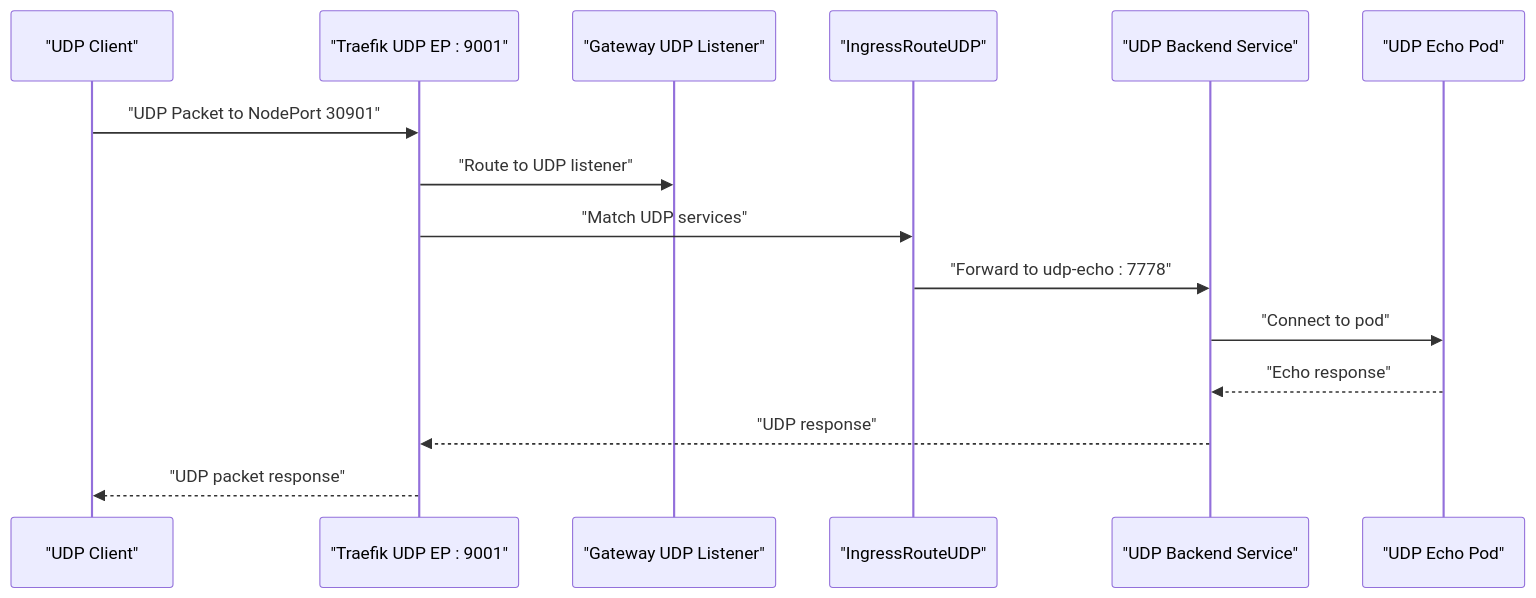
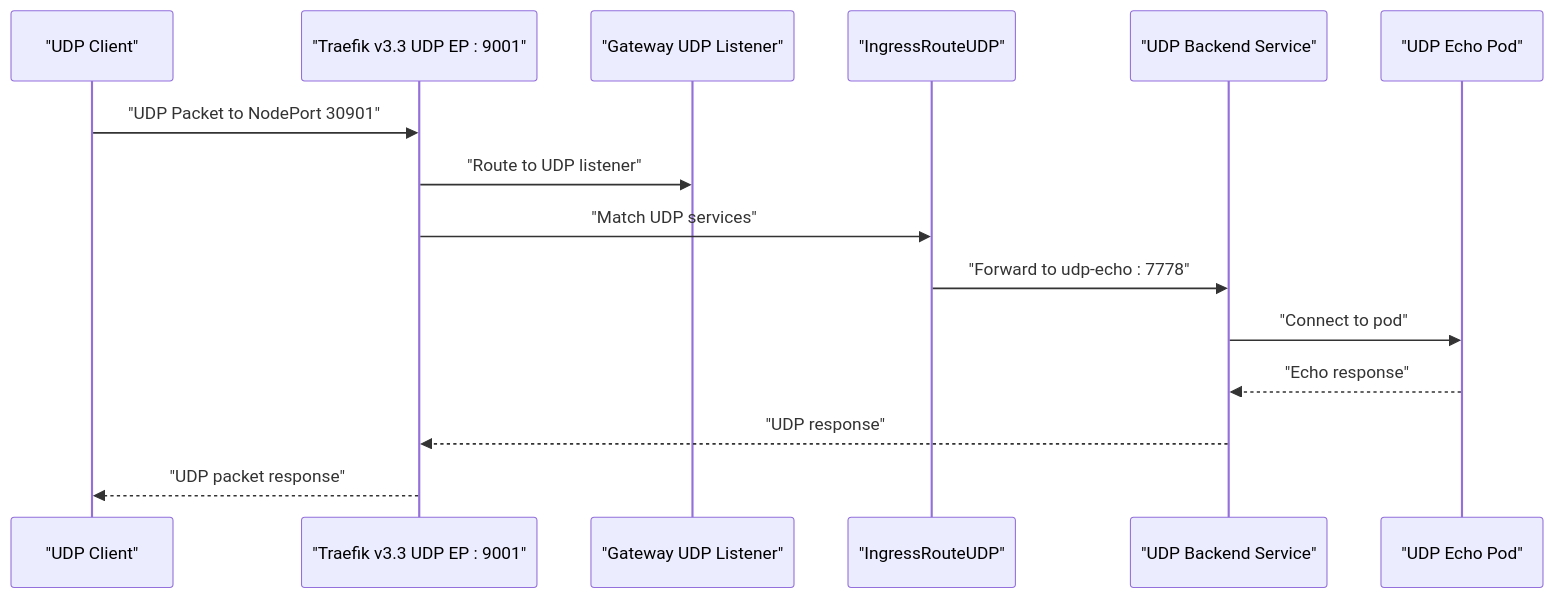
One commit to Hoangvu75/k8s_manifest changed the fifth of 8 diagrams in .qoder/repowiki/en/content/Infrastructure Applications/Gateway API Controller.md. Above: the diagram before and after it, drawn with Mermaid. The commit also changed other lines of this file and 4 other files, not shown here.

````diff
--- a/.qoder/repowiki/en/content/Infrastructure Applications/Gateway API Controller.md
+++ b/.qoder/repowiki/en/content/Infrastructure Applications/Gateway API Controller.md
@@ -254,17 +253,17 @@
 ```mermaid
 sequenceDiagram
 participant Client as "UDP Client"
-participant Traefik as "Traefik UDP EP : 9001"
+participant Traefik as "Traefik v3.3 UDP EP : 9001"
 participant Gateway as "Gateway UDP Listener"
 participant Route as "IngressRouteUDP"
 participant Service as "UDP Backend Service"
 participant Pod as "UDP Echo Pod"
 Client->>Traefik : "UDP Packet to NodePort 30901"
 Traefik->>Gateway : "Route to UDP listener"
 Traefik->>Route : "Match UDP services"
 Route->>Service : "Forward to udp-echo : 7778"
 Service->>Pod : "Connect to pod"
 Pod-->>Service : "Echo response"
 Service-->>Traefik : "UDP response"
 Traefik-->>Client : "UDP packet response"
 ```
````
